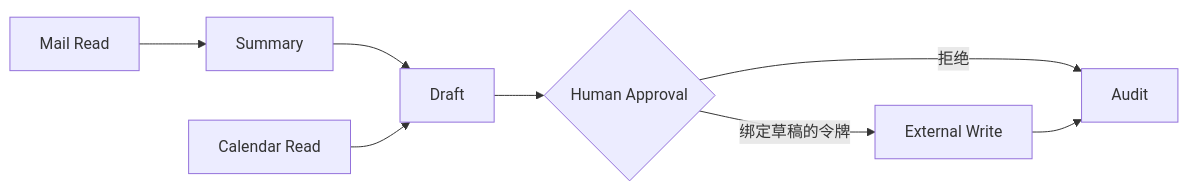
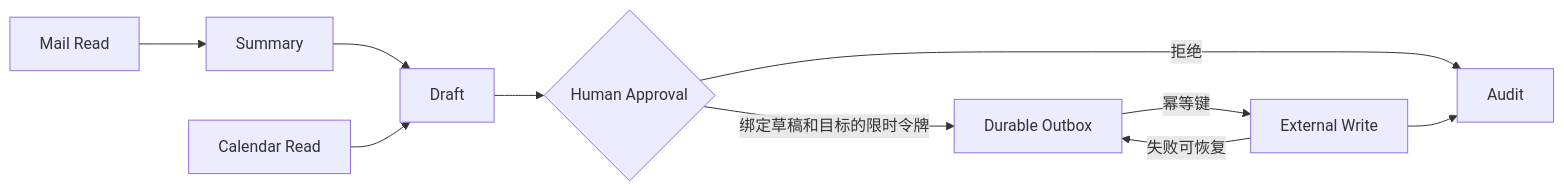
The first of 4 diagrams in projects/06-office-agent/README.md (wujinjun/ai-agent-book), drawn with Mermaid before and after one commit. The commit also changed other lines of this file and 5 other files, not shown here.

Commit message:
feat: add durable office approval outbox

````diff
--- a/projects/06-office-agent/README.md
+++ b/projects/06-office-agent/README.md
@@ -8,11 +8,13 @@
 ```mermaid
 %% id: project6-office-approval-flow
 %% title: 自动办公 Agent 审批数据流
 %% alt: 邮件与日历只读数据生成摘要草稿，草稿经绑定内容的人工审批后才能外部发布并写审计
 flowchart LR
     Mail["Mail Read"] --> Summary --> Draft
     Calendar["Calendar Read"] --> Draft
     Draft --> Approval{"Human Approval"}
     Approval -->|拒绝| Audit
-    Approval -->|绑定草稿的令牌| Send["External Write"] --> Audit
+    Approval -->|绑定草稿和目标的限时令牌| Outbox["Durable Outbox"]
+    Outbox -->|幂等键| Send["External Write"] --> Audit
+    Send -->|失败可恢复| Outbox
 ```
````
